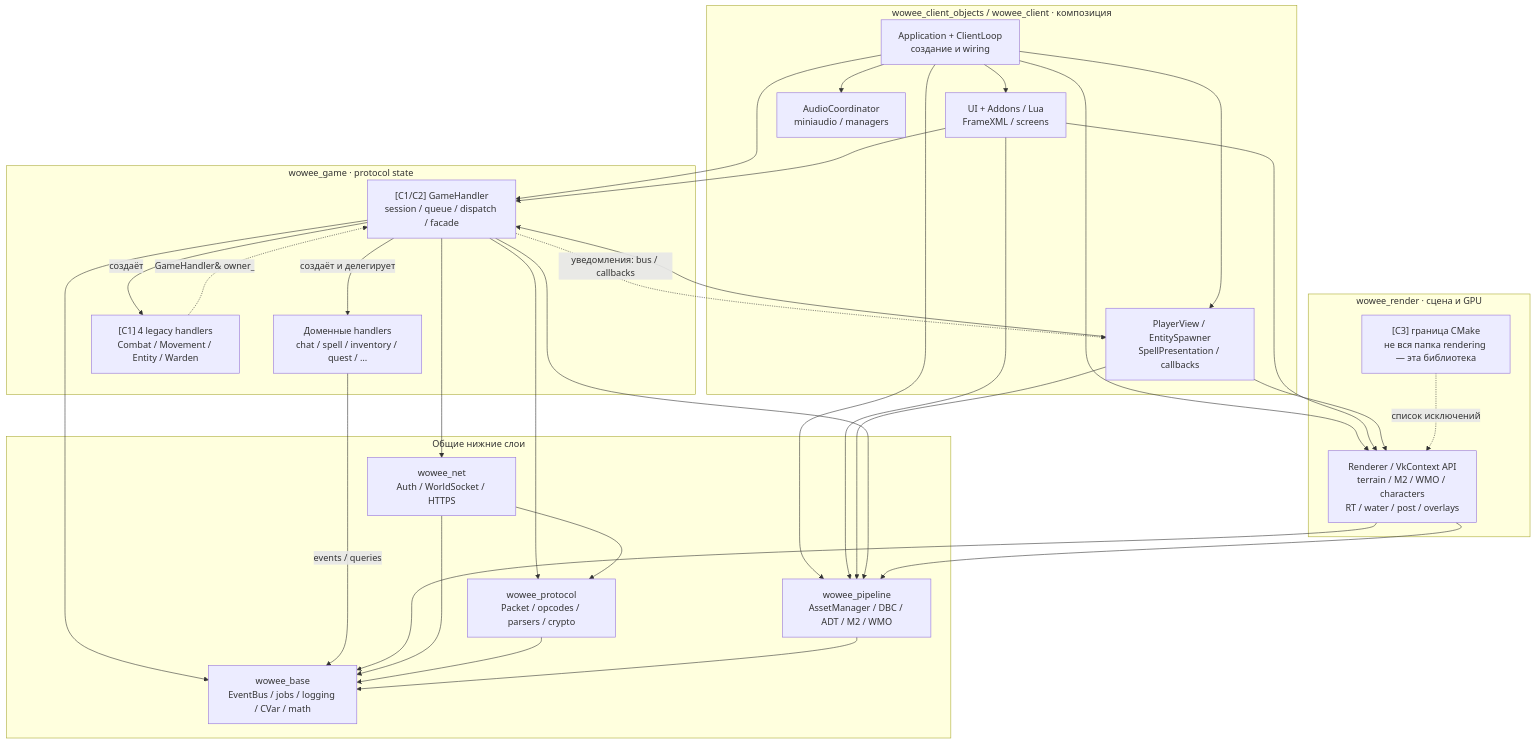
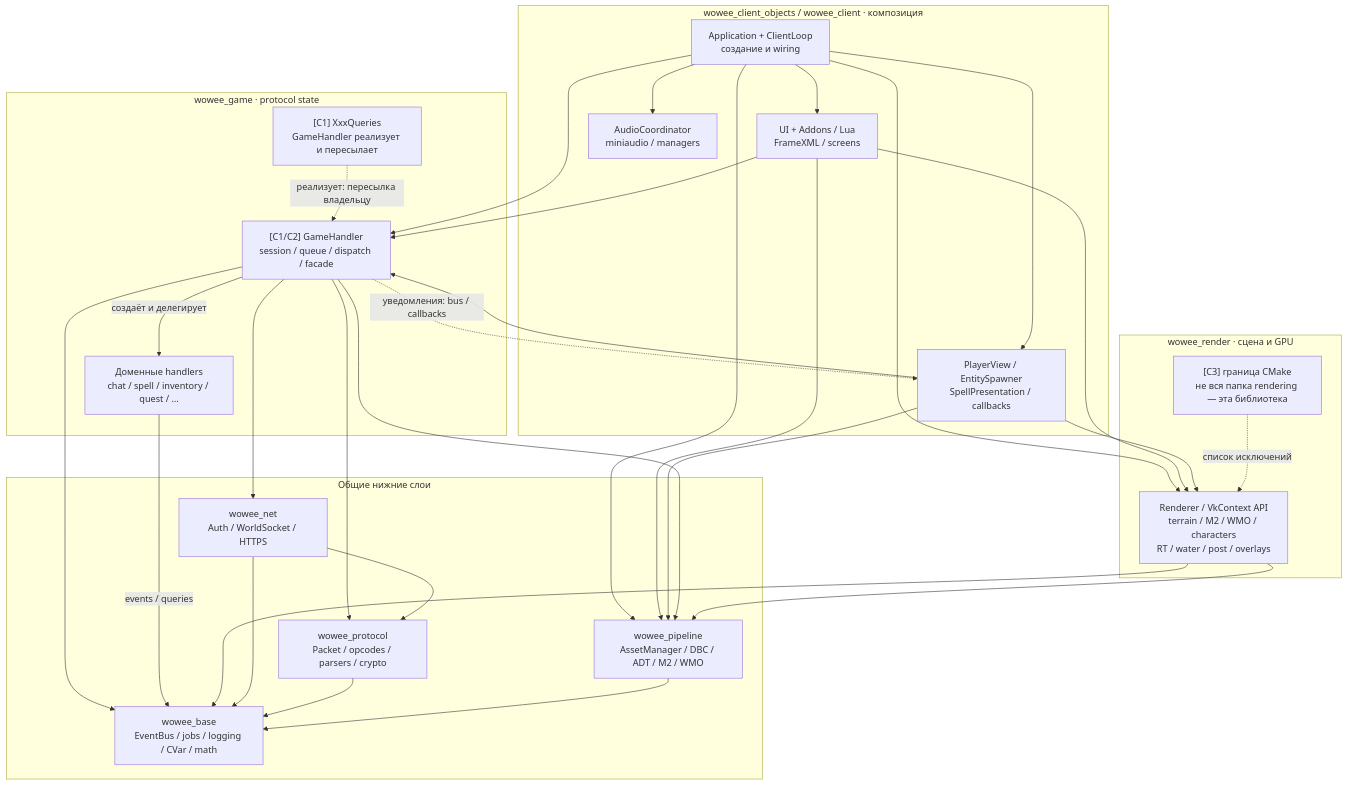
Before and after one commit to atorian/WoWee: the diagram in docs/architecture-atlas/diagrams/03-component-diagram.mmd, drawn with Mermaid. The commit also changed 26 other files, not shown here.

First line of the commit message:
Rebuild the architecture atlas for 2026-10-31

```diff
--- a/docs/architecture-atlas/diagrams/03-component-diagram.mmd
+++ b/docs/architecture-atlas/diagrams/03-component-diagram.mmd
@@ -1,50 +1,49 @@
 flowchart TB
   subgraph sg_client["wowee_client_objects / wowee_client · композиция"]
     app["Application + ClientLoop<br/>создание и wiring"]
     ui["UI + Addons / Lua<br/>FrameXML / screens"]
     presentation["PlayerView / EntitySpawner<br/>SpellPresentation / callbacks"]
     sound["AudioCoordinator<br/>miniaudio / managers"]
   end
   subgraph sg_gamebox["wowee_game · protocol state"]
     gh["[C1/C2] GameHandler<br/>session / queue / dispatch / facade"]
     domain["Доменные handlers<br/>chat / spell / inventory / quest / …"]
-    old["[C1] 4 legacy handlers<br/>Combat / Movement / Entity / Warden"]
+    old["[C1] XxxQueries<br/>GameHandler реализует и пересылает"]
   end
   subgraph sg_renderbox["wowee_render · сцена и GPU"]
     renderer["Renderer / VkContext API<br/>terrain / M2 / WMO / characters<br/>RT / water / post / overlays"]
     boundary["[C3] граница CMake<br/>не вся папка rendering — эта библиотека"]
   end
   subgraph sg_libraries["Общие нижние слои"]
     netlib["wowee_net<br/>Auth / WorldSocket / HTTPS"]
     protocol["wowee_protocol<br/>Packet / opcodes / parsers / crypto"]
     pipeline["wowee_pipeline<br/>AssetManager / DBC / ADT / M2 / WMO"]
     base["wowee_base<br/>EventBus / jobs / logging / CVar / math"]
   end
   app --> ui
   app --> presentation
   app --> sound
   app --> gh
   app --> renderer
   app --> pipeline
   ui --> gh
   ui --> renderer
   ui --> pipeline
   presentation --> gh
   presentation --> renderer
   presentation --> pipeline
   gh -->|"создаёт и делегирует"| domain
-  gh -->|"создаёт"| old
-  old -.->|"GameHandler&amp; owner_"| gh
+  old -.->|"реализует: пересылка владельцу"| gh
   gh --> netlib
   gh --> protocol
   gh --> pipeline
   gh --> base
   domain -->|"events / queries"| base
   renderer --> pipeline
   renderer --> base
   boundary -.->|"список исключений"| renderer
   netlib --> protocol
   netlib --> base
   protocol --> base
   pipeline --> base
   gh -.->|"уведомления: bus / callbacks"| presentation
```
